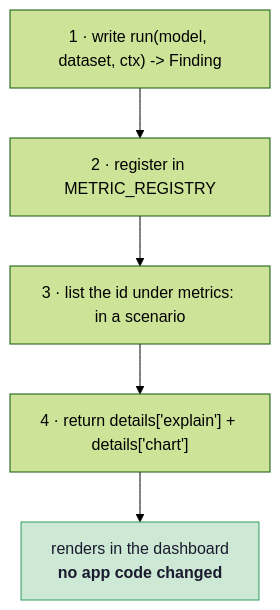
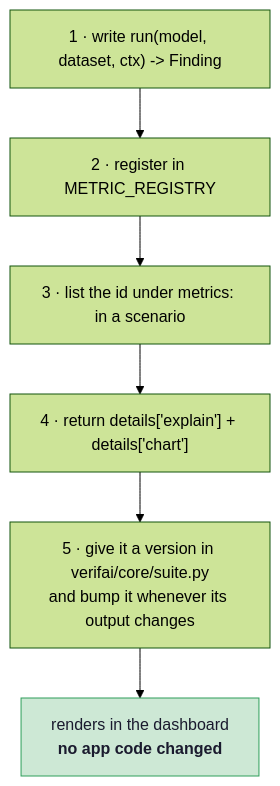
Before and after one commit to sabrinahartung/verifai-medical: the second of 2 diagrams in docs/extending.md, drawn with Mermaid (forest theme). The commit also changed other lines of this file and 45 other files, not shown here.

````diff
--- a/docs/extending.md
+++ b/docs/extending.md
@@ -87,10 +88,11 @@
 ```mermaid
 flowchart TB
     A["1 · write run(model, dataset, ctx) -> Finding"]
     B["2 · register in METRIC_REGISTRY"]
     C["3 · list the id under metrics: in a scenario"]
     D["4 · return details['explain'] + details['chart']"]
-    A --> B --> C --> D
-    D --> E["renders in the dashboard<br/><b>no app code changed</b>"]
+    V["5 · give it a version in verifai/core/suite.py<br/>and bump it whenever its output changes"]
+    A --> B --> C --> D --> V
+    V --> E["renders in the dashboard<br/><b>no app code changed</b>"]
     style E fill:#CDE8D5,stroke:#2E9E5B,color:#1a1a2e
 ```
````
